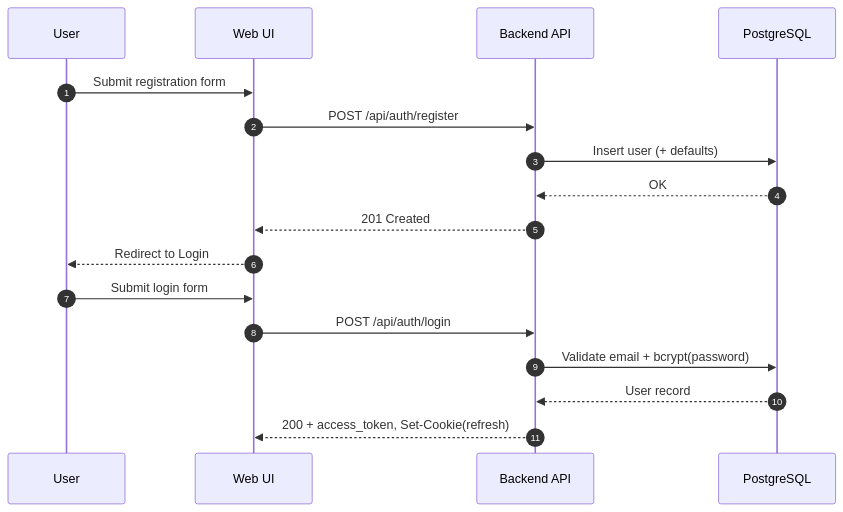
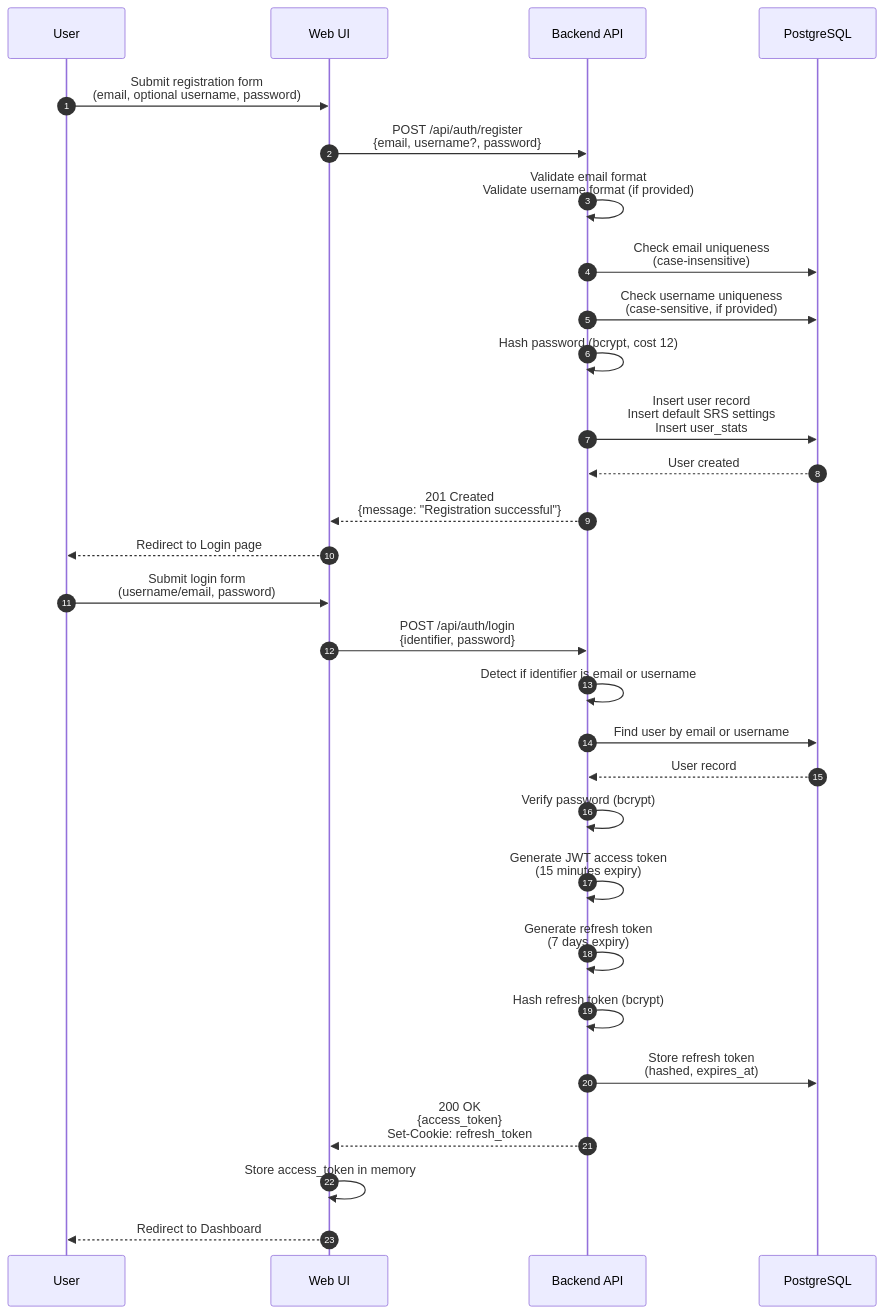
The first of 4 diagrams in 00_docs/02-system-analysis/03-dataflow-diagram.md (ntgptit/repeatwise), drawn with Mermaid before and after one commit. The commit also changed other lines of this file and 161 other files, not shown here.

````diff
--- a/00_docs/02-system-analysis/03-dataflow-diagram.md
+++ b/00_docs/02-system-analysis/03-dataflow-diagram.md
@@ -7,21 +7,33 @@
 ```mermaid
 sequenceDiagram
   autonumber
   participant U as User
   participant FE as Web UI
   participant API as Backend API
   participant DB as PostgreSQL
 
-  U->>FE: Submit registration form
-  FE->>API: POST /api/auth/register
-  API->>DB: Insert user (+ defaults)
-  DB-->>API: OK
-  API-->>FE: 201 Created
-  FE-->>U: Redirect to Login
+  U->>FE: Submit registration form<br/>(email, optional username, password)
+  FE->>API: POST /api/auth/register<br/>{email, username?, password}
+  API->>API: Validate email format<br/>Validate username format (if provided)
+  API->>DB: Check email uniqueness<br/>(case-insensitive)
+  API->>DB: Check username uniqueness<br/>(case-sensitive, if provided)
+  API->>API: Hash password (bcrypt, cost 12)
+  API->>DB: Insert user record<br/>Insert default SRS settings<br/>Insert user_stats
+  DB-->>API: User created
+  API-->>FE: 201 Created<br/>{message: "Registration successful"}
+  FE-->>U: Redirect to Login page
 
-  U->>FE: Submit login form
-  FE->>API: POST /api/auth/login
-  API->>DB: Validate email + bcrypt(password)
+  U->>FE: Submit login form<br/>(username/email, password)
+  FE->>API: POST /api/auth/login<br/>{identifier, password}
+  API->>API: Detect if identifier is email or username
+  API->>DB: Find user by email or username
   DB-->>API: User record
-  API-->>FE: 200 + access_token, Set‑Cookie(refresh)
+  API->>API: Verify password (bcrypt)
+  API->>API: Generate JWT access token<br/>(15 minutes expiry)
+  API->>API: Generate refresh token<br/>(7 days expiry)
+  API->>API: Hash refresh token (bcrypt)
+  API->>DB: Store refresh token<br/>(hashed, expires_at)
+  API-->>FE: 200 OK<br/>{access_token}<br/>Set-Cookie: refresh_token
+  FE->>FE: Store access_token in memory
+  FE-->>U: Redirect to Dashboard
 ```
````
